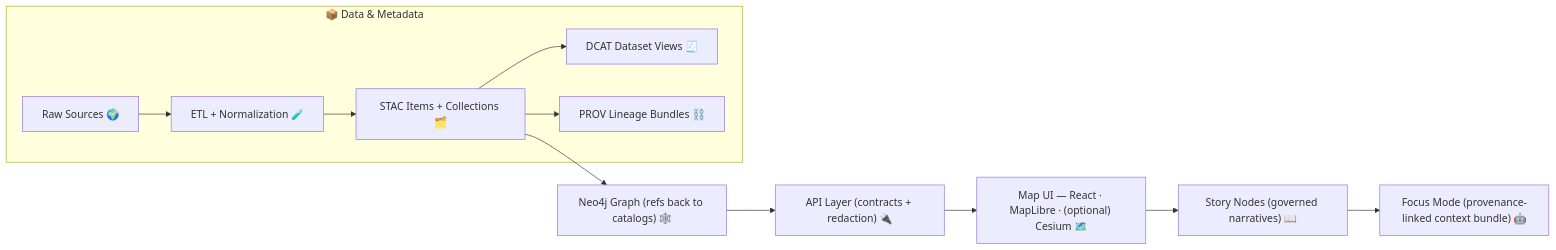
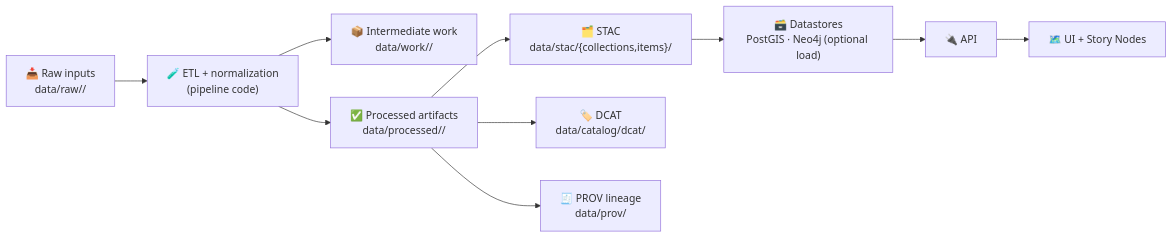
Before and after one commit to bartytime4life/Kansas-Frontier-Matrix: the diagram in src/pipelines/_shared/README.md, drawn with Mermaid. The commit also changed other lines of this file, not shown here.

First line of the commit message:
Revise README for Pipeline Shared Utilities

````diff
--- a/src/pipelines/_shared/README.md
+++ b/src/pipelines/_shared/README.md
@@ -49,15 +31,14 @@
 ```mermaid
 flowchart LR
-  subgraph Data["📦 Data & Metadata"]
-    A["Raw Sources 🌍"] --> B["ETL + Normalization 🧪"]
-    B --> C["STAC Items + Collections 🗂️"]
-    C --> D["DCAT Dataset Views 🧾"]
-    C --> E["PROV Lineage Bundles ⛓️"]
-  end
+  A["📥 Raw inputs<br/>data/raw/<domain>/"] --> B["🧪 ETL + normalization<br/>(pipeline code)"]
+  B --> C["📦 Intermediate work<br/>data/work/<domain>/"]
+  B --> D["✅ Processed artifacts<br/>data/processed/<domain>/"]
 
-  C --> G["Neo4j Graph (refs back to catalogs) 🕸️"]
-  G --> H["API Layer (contracts + redaction) 🔌"]
-  H --> I["Map UI — React · MapLibre · (optional) Cesium 🗺️"]
-  I --> J["Story Nodes (governed narratives) 📖"]
-  J --> K["Focus Mode (provenance-linked context bundle) 🤖"]
+  D --> E["🗂️ STAC<br/>data/stac/{collections,items}/"]
+  D --> F["🏷️ DCAT<br/>data/catalog/dcat/"]
+  D --> G["🧾 PROV lineage<br/>data/prov/"]
+
+  E --> H["🗃️ Datastores<br/>PostGIS · Neo4j (optional load)"]
+  H --> I["🔌 API"]
+  I --> J["🗺️ UI + Story Nodes"]
 ```
````
